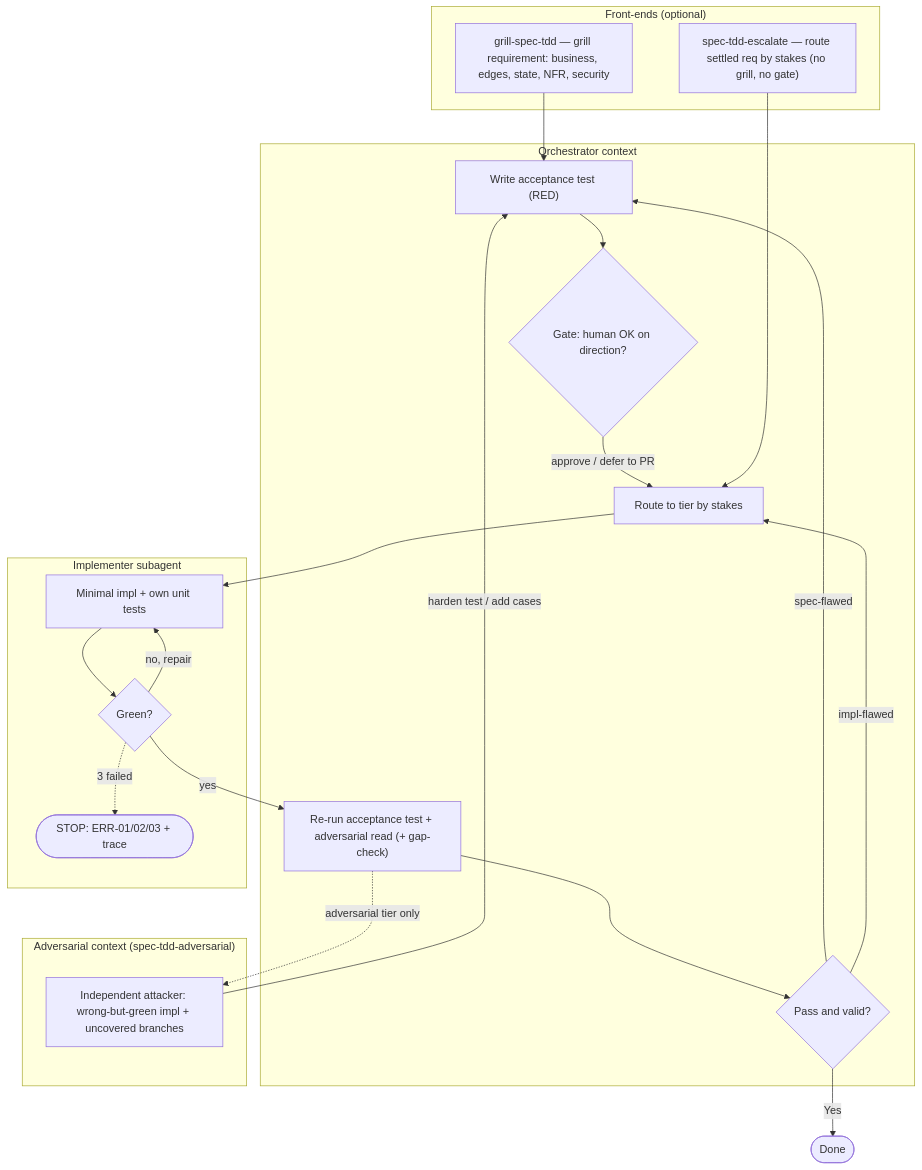
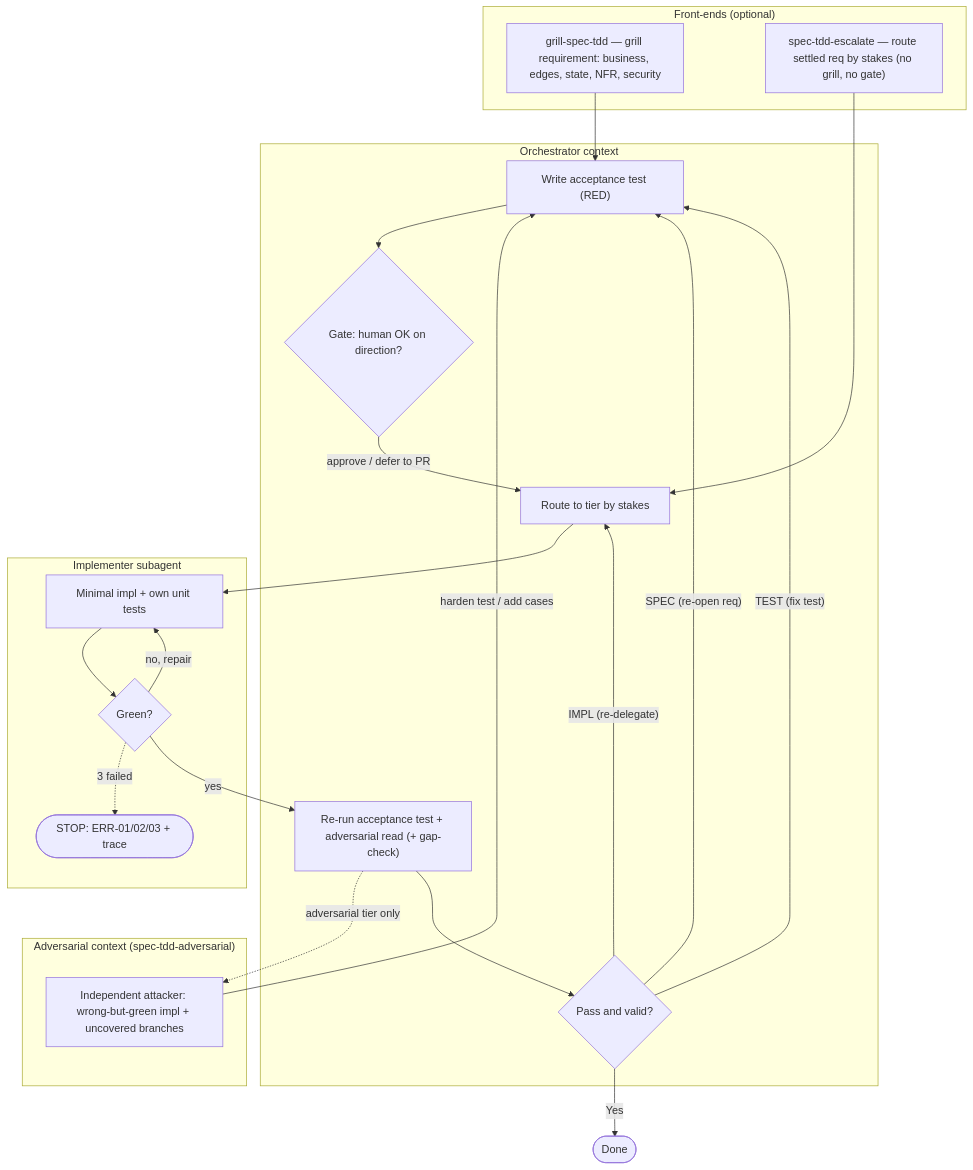
Before and after one commit to BenjaminChenLab/spec-tdd-skill: the second of 2 diagrams in README.md, drawn with Mermaid. The commit also changed other lines of this file and 6 other files, not shown here.

````diff
--- a/README.md
+++ b/README.md
@@ -47,41 +47,42 @@
 ```mermaid
 flowchart TD
     subgraph F["Front-ends (optional)"]
         GR["grill-spec-tdd — grill requirement: business, edges, state, NFR, security"]
         ES["spec-tdd-escalate — route settled req by stakes (no grill, no gate)"]
     end
 
     subgraph O["Orchestrator context"]
         T["Write acceptance test (RED)"]
         GT{"Gate: human OK on direction?"}
         RT["Route to tier by stakes"]
         V["Re-run acceptance test + adversarial read (+ gap-check)"]
         P{"Pass and valid?"}
     end
 
     subgraph I["Implementer subagent"]
         IM["Minimal impl + own unit tests"]
         IC{"Green?"}
         ERR(["STOP: ERR-01/02/03 + trace"])
     end
 
     subgraph ADV["Adversarial context (spec-tdd-adversarial)"]
         ATK["Independent attacker: wrong-but-green impl + uncovered branches"]
     end
 
     GR --> T
     T --> GT
     GT -->|"approve / defer to PR"| RT
     ES --> RT
     RT --> IM
     IM --> IC
     IC -->|"no, repair"| IM
     IC -.->|"3 failed"| ERR
     IC -->|yes| V
     V -.->|"adversarial tier only"| ATK
     ATK -->|"harden test / add cases"| T
     V --> P
     P -->|Yes| DONE(["Done"])
-    P -->|"spec-flawed"| T
-    P -->|"impl-flawed"| RT
+    P -->|"SPEC (re-open req)"| T
+    P -->|"TEST (fix test)"| T
+    P -->|"IMPL (re-delegate)"| RT
 ```
````
